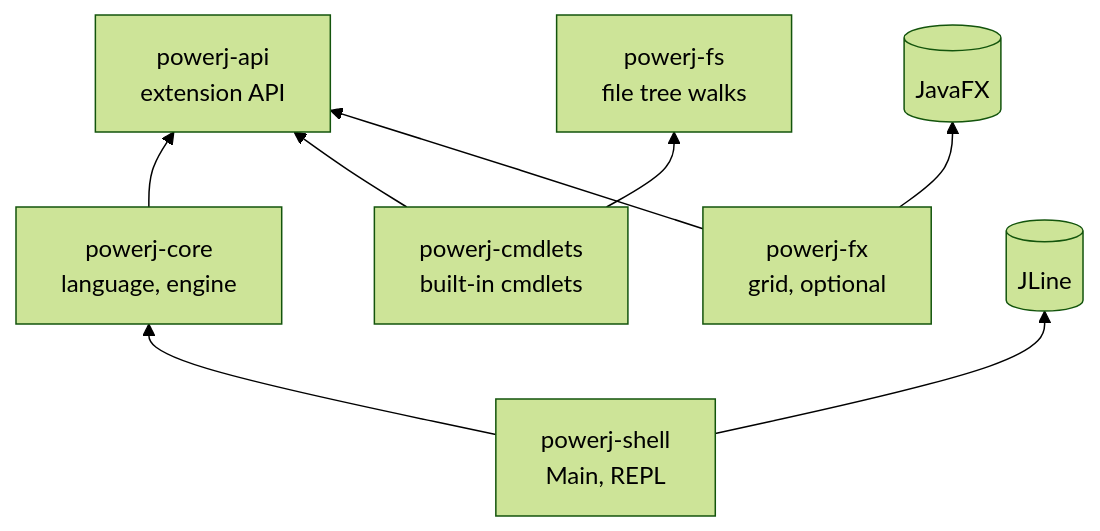
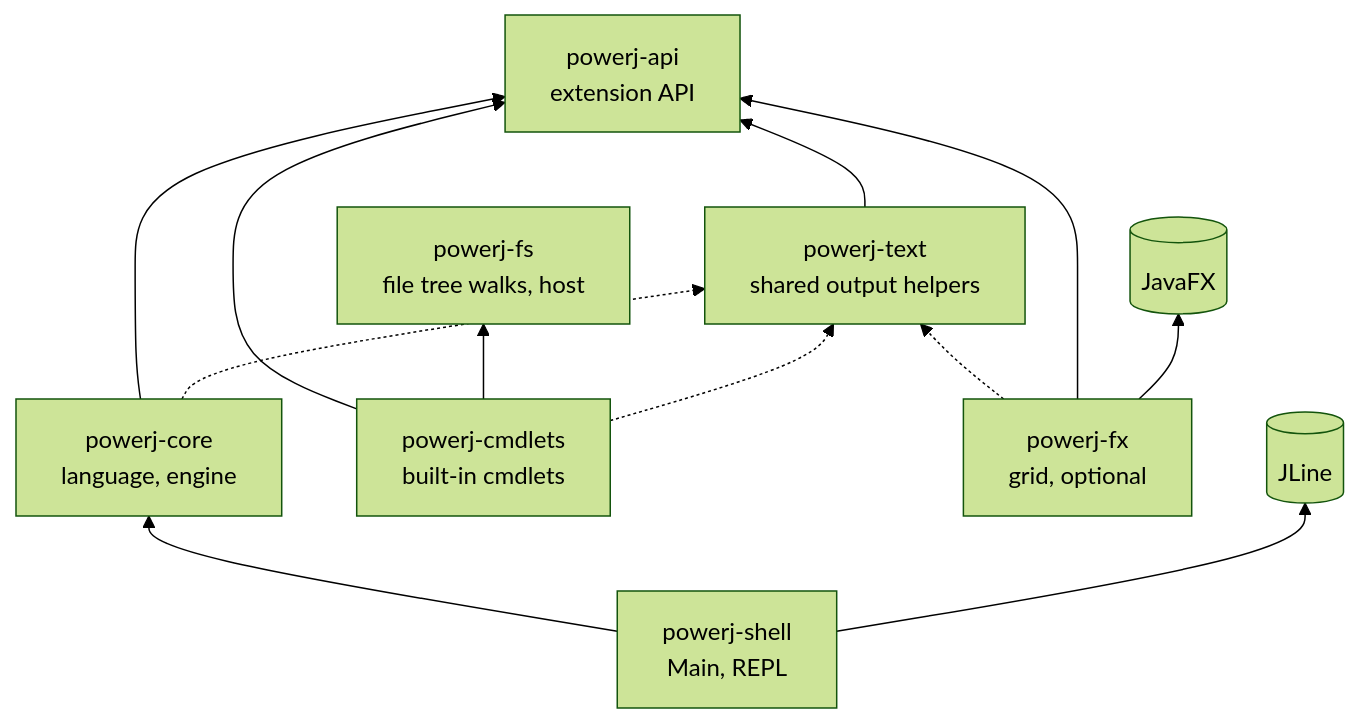
Before and after one commit to yp44/powerj: the second of 2 diagrams in docs/ARCHITECTURE.md, drawn with Mermaid (forest theme). The commit also changed other lines of this file and 20 other files, not shown here.

First line of the commit message:
feat: create the module powerj-text, empty and wired into the build and the image (#117)

````diff
--- a/docs/ARCHITECTURE.md
+++ b/docs/ARCHITECTURE.md
@@ -29,16 +29,21 @@
 ```mermaid
 flowchart BT
     api[powerj-api<br/>extension API]
-    fs[powerj-fs<br/>file tree walks]
+    fs[powerj-fs<br/>file tree walks, host]
+    text[powerj-text<br/>shared output helpers]
     core[powerj-core<br/>language, engine]
     cmdlets[powerj-cmdlets<br/>built-in cmdlets]
     fx[powerj-fx<br/>grid, optional]
     shell[powerj-shell<br/>Main, REPL]
     core --> api
     cmdlets --> api
     cmdlets --> fs
+    text --> api
+    core -.-> text
+    cmdlets -.-> text
+    fx -.-> text
     fx --> api
     shell --> core
     shell --> jline[(JLine)]
     fx --> javafx[(JavaFX)]
 ```
````
